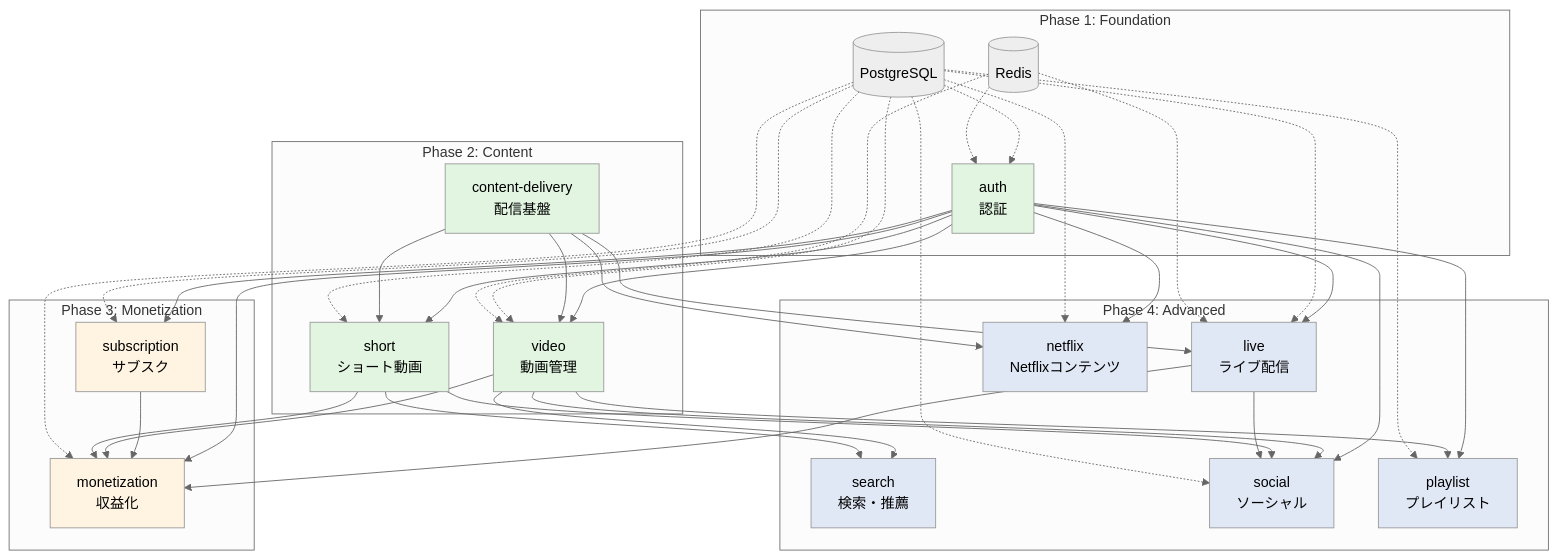
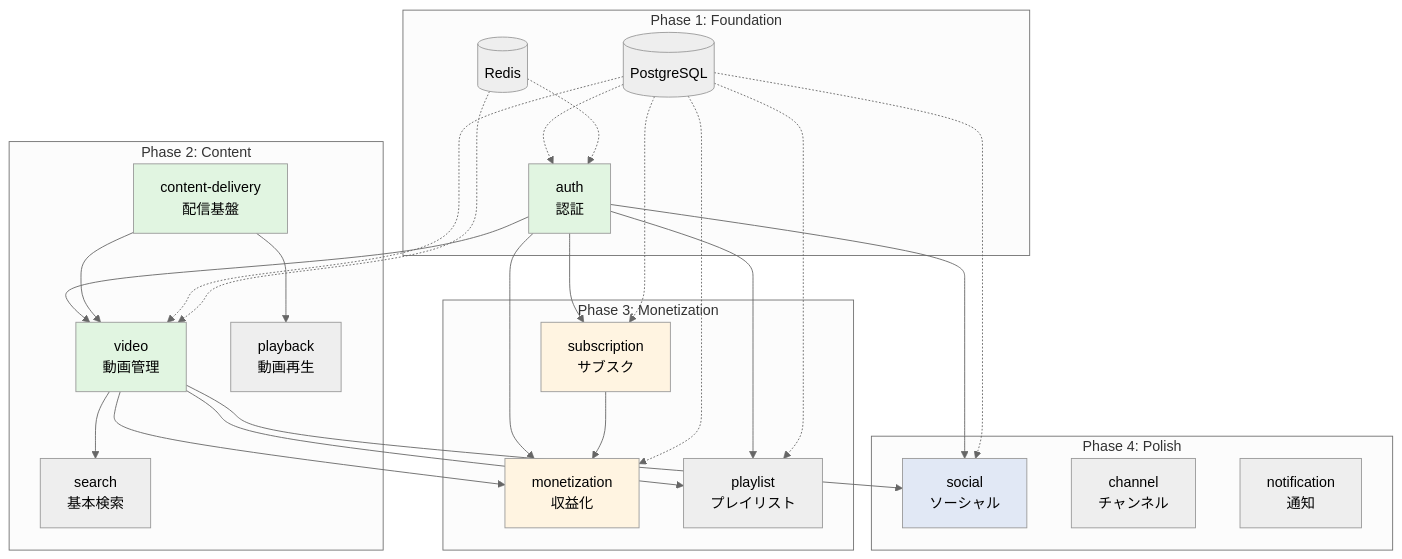
One commit to MichiKitagawa/MICHE-VIDEO changed the diagram in docs/implementation/IMPLEMENTATION-PLAN-OVERVIEW.md. Above: the diagram before and after it, drawn with Mermaid (neutral theme). The commit also changed other lines of this file and 3 other files, not shown here.

````diff
--- a/docs/implementation/IMPLEMENTATION-PLAN-OVERVIEW.md
+++ b/docs/implementation/IMPLEMENTATION-PLAN-OVERVIEW.md
@@ -464,80 +474,60 @@
 ```mermaid
 graph TB
     subgraph "Phase 1: Foundation"
         AUTH[auth<br/>認証]
         DB[(PostgreSQL)]
         REDIS[(Redis)]
     end
 
     subgraph "Phase 2: Content"
         CONTENT_DELIVERY[content-delivery<br/>配信基盤]
         VIDEO[video<br/>動画管理]
-        SHORT[short<br/>ショート動画]
+        PLAYBACK[playback<br/>動画再生]
+        SEARCH[search<br/>基本検索]
     end
 
     subgraph "Phase 3: Monetization"
         SUBSCRIPTION[subscription<br/>サブスク]
         MONETIZATION[monetization<br/>収益化]
+        PLAYLIST[playlist<br/>プレイリスト]
     end
 
-    subgraph "Phase 4: Advanced"
-        LIVE[live<br/>ライブ配信]
-        SEARCH[search<br/>検索・推薦]
+    subgraph "Phase 4: Polish"
         SOCIAL[social<br/>ソーシャル]
-        PLAYLIST[playlist<br/>プレイリスト]
-        NETFLIX[netflix<br/>Netflixコンテンツ]
+        CHANNEL[channel<br/>チャンネル]
+        NOTIFICATION[notification<br/>通知]
     end
 
     AUTH --> SUBSCRIPTION
     AUTH --> VIDEO
-    AUTH --> SHORT
-    AUTH --> LIVE
     AUTH --> SOCIAL
     AUTH --> PLAYLIST
-    AUTH --> NETFLIX
     AUTH --> MONETIZATION
 
     CONTENT_DELIVERY --> VIDEO
-    CONTENT_DELIVERY --> SHORT
-    CONTENT_DELIVERY --> LIVE
-    CONTENT_DELIVERY --> NETFLIX
+    CONTENT_DELIVERY --> PLAYBACK
 
     VIDEO --> SEARCH
     VIDEO --> PLAYLIST
-    SHORT --> SEARCH
+    VIDEO --> SOCIAL
 
     SUBSCRIPTION --> MONETIZATION
     VIDEO --> MONETIZATION
-    SHORT --> MONETIZATION
-    LIVE --> MONETIZATION
-
-    VIDEO --> SOCIAL
-    SHORT --> SOCIAL
-    LIVE --> SOCIAL
 
     DB -.-> AUTH
     DB -.-> SUBSCRIPTION
     DB -.-> VIDEO
-    DB -.-> SHORT
-    DB -.-> LIVE
     DB -.-> MONETIZATION
     DB -.-> SOCIAL
     DB -.-> PLAYLIST
-    DB -.-> NETFLIX
 
     REDIS -.-> AUTH
     REDIS -.-> VIDEO
-    REDIS -.-> LIVE
 
     style AUTH fill:#e1f5e1
     style CONTENT_DELIVERY fill:#e1f5e1
     style SUBSCRIPTION fill:#fff4e1
     style VIDEO fill:#e1f5e1
-    style SHORT fill:#e1f5e1
-    style LIVE fill:#e1e8f5
-    style SEARCH fill:#e1e8f5
+    style SOCIAL fill:#e1e8f5
     style MONETIZATION fill:#fff4e1
-    style SOCIAL fill:#e1e8f5
-    style PLAYLIST fill:#e1e8f5
-    style NETFLIX fill:#e1e8f5
 ```
````
